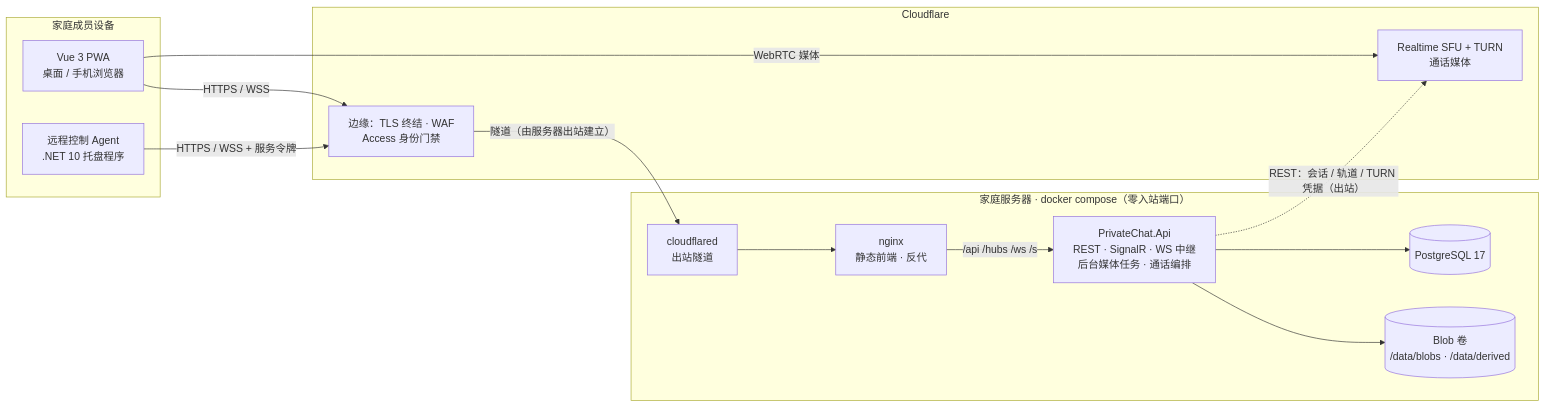
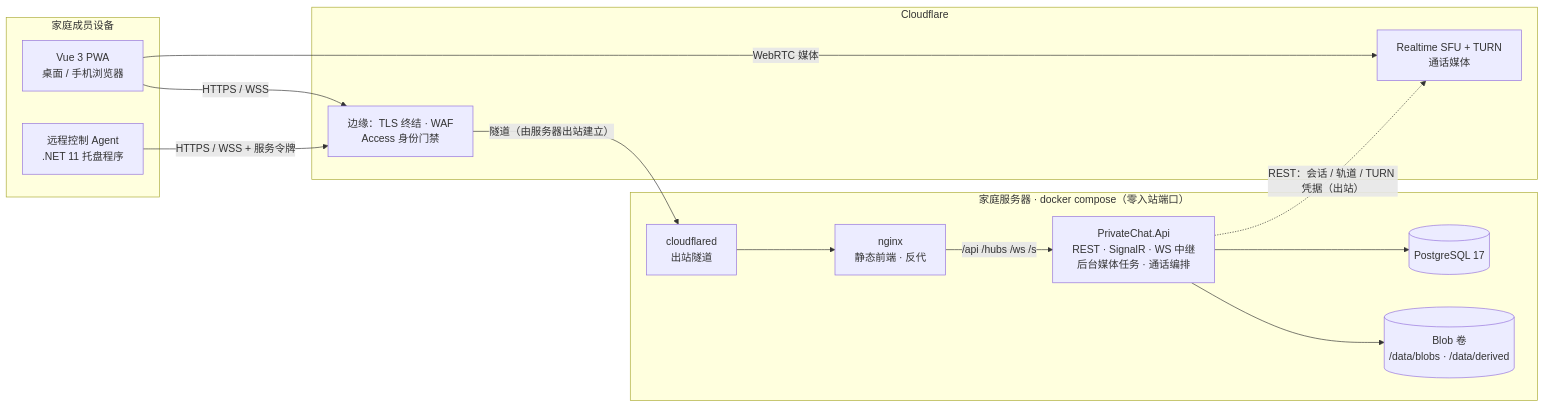
One commit to yuweiyang9611/PrivateChat changed the diagram in docs/DESIGN.md. Above: the diagram before and after it, drawn with Mermaid. The commit also changed other lines of this file and 9 other files, not shown here.

````diff
--- a/docs/DESIGN.md
+++ b/docs/DESIGN.md
@@ -115,27 +115,27 @@
 ```mermaid
 flowchart LR
   subgraph clients["家庭成员设备"]
     web["Vue 3 PWA<br/>桌面 / 手机浏览器"]
-    agent["远程控制 Agent<br/>.NET 10 托盘程序"]
+    agent["远程控制 Agent<br/>.NET 11 托盘程序"]
   end
   subgraph cf["Cloudflare"]
     edge["边缘：TLS 终结 · WAF<br/>Access 身份门禁"]
     rt["Realtime SFU + TURN<br/>通话媒体"]
   end
   subgraph host["家庭服务器 · docker compose（零入站端口）"]
     cfd["cloudflared<br/>出站隧道"]
     nginx["nginx<br/>静态前端 · 反代"]
     api["PrivateChat.Api<br/>REST · SignalR · WS 中继<br/>后台媒体任务 · 通话编排"]
     pg[("PostgreSQL 17")]
     blobs[("Blob 卷<br/>/data/blobs · /data/derived")]
   end
   web -- "HTTPS / WSS" --> edge
   agent -- "HTTPS / WSS + 服务令牌" --> edge
   web -- "WebRTC 媒体" --> rt
   edge -- "隧道（由服务器出站建立）" --> cfd
   cfd --> nginx
   nginx -- "/api /hubs /ws /s" --> api
   api -. "REST：会话 / 轨道 / TURN 凭据（出站）" .-> rt
   api --> pg
   api --> blobs
 ```
````
